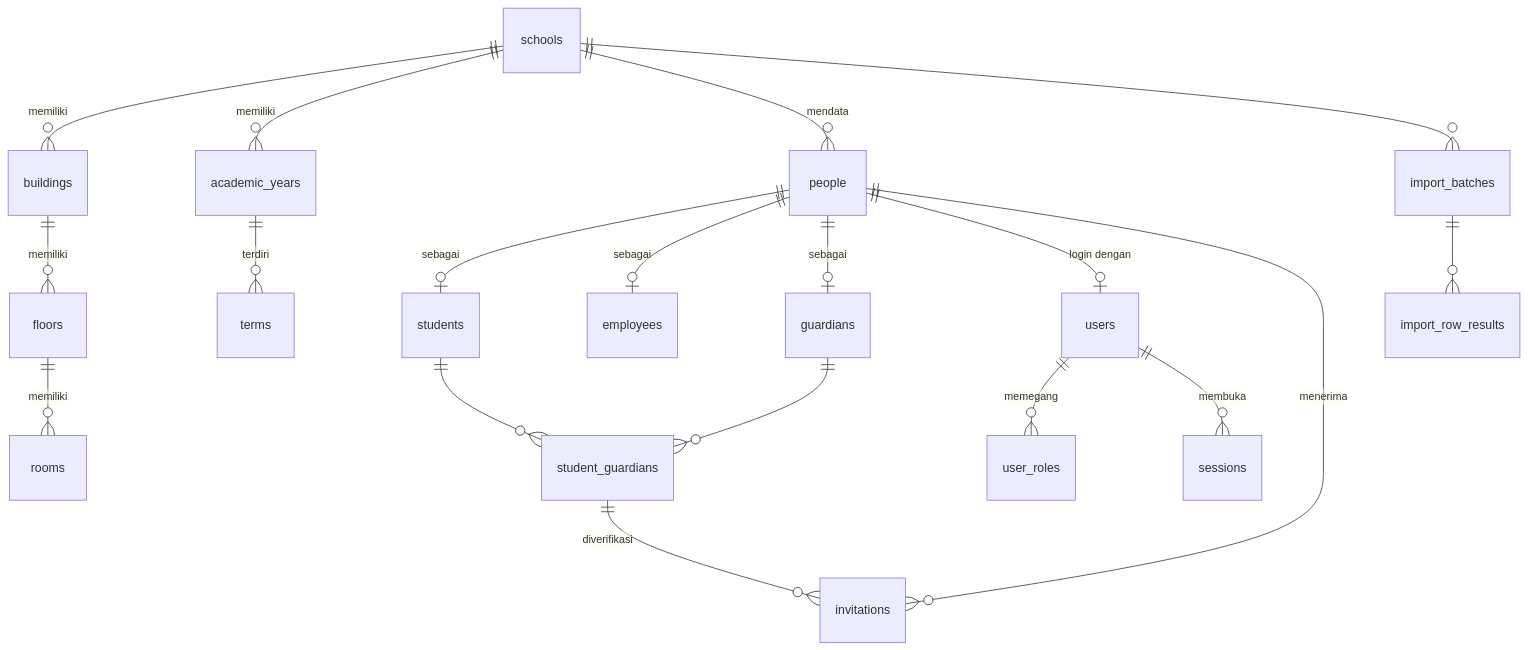
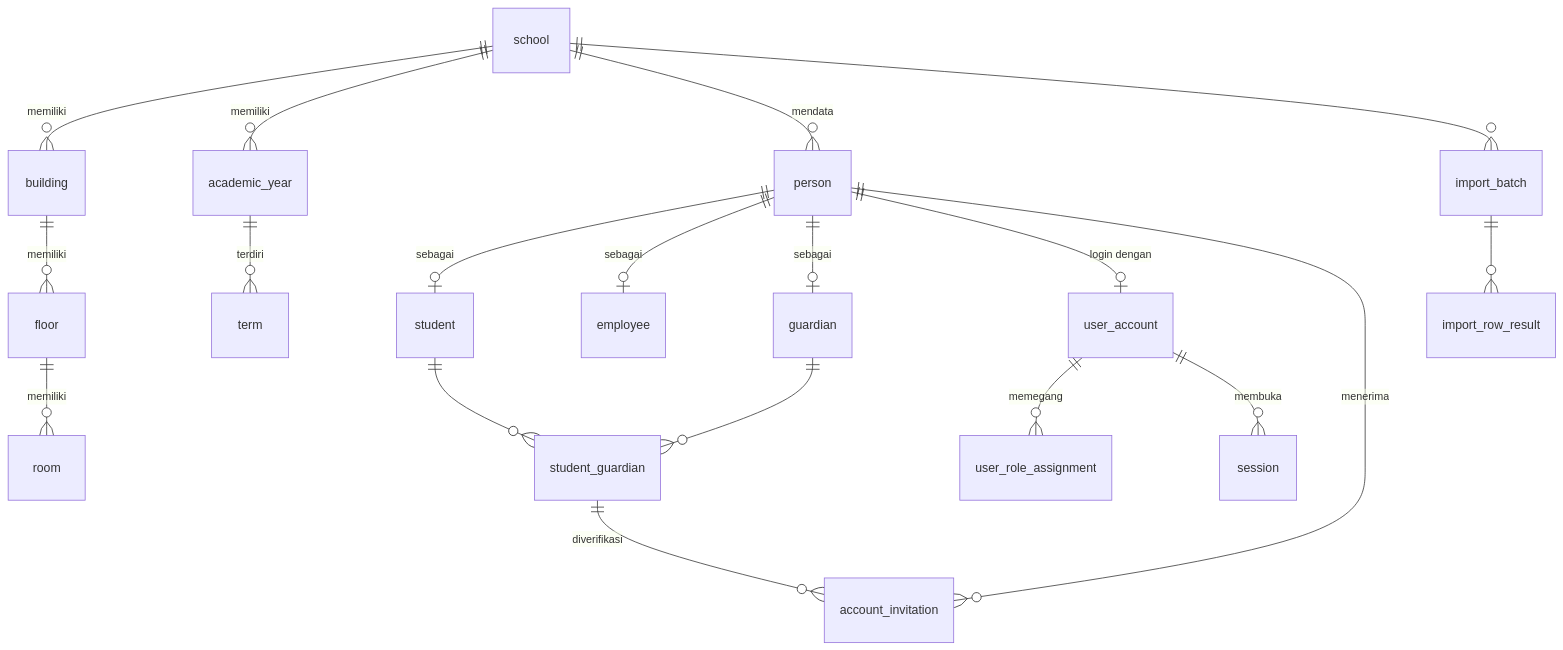
Before and after one commit to leinadroy/Elvara: the first of 2 diagrams in docs/r0-data-model.md, drawn with Mermaid. The commit also changed other lines of this file and 12 other files, not shown here.

````diff
--- a/docs/r0-data-model.md
+++ b/docs/r0-data-model.md
@@ -30,21 +30,21 @@
 ```mermaid
 erDiagram
-  schools ||--o{ buildings : memiliki
-  buildings ||--o{ floors : memiliki
-  floors ||--o{ rooms : memiliki
-  schools ||--o{ academic_years : memiliki
-  academic_years ||--o{ terms : terdiri
-  schools ||--o{ people : mendata
-  people ||--o| students : "sebagai"
-  people ||--o| employees : "sebagai"
-  people ||--o| guardians : "sebagai"
-  people ||--o| users : "login dengan"
-  students ||--o{ student_guardians : ""
-  guardians ||--o{ student_guardians : ""
-  users ||--o{ user_roles : memegang
-  users ||--o{ sessions : membuka
-  people ||--o{ invitations : menerima
-  student_guardians ||--o{ invitations : diverifikasi
-  schools ||--o{ import_batches : ""
-  import_batches ||--o{ import_row_results : ""
+  school ||--o{ building : memiliki
+  building ||--o{ floor : memiliki
+  floor ||--o{ room : memiliki
+  school ||--o{ academic_year : memiliki
+  academic_year ||--o{ term : terdiri
+  school ||--o{ person : mendata
+  person ||--o| student : "sebagai"
+  person ||--o| employee : "sebagai"
+  person ||--o| guardian : "sebagai"
+  person ||--o| user_account : "login dengan"
+  student ||--o{ student_guardian : ""
+  guardian ||--o{ student_guardian : ""
+  user_account ||--o{ user_role_assignment : memegang
+  user_account ||--o{ session : membuka
+  person ||--o{ account_invitation : menerima
+  student_guardian ||--o{ account_invitation : diverifikasi
+  school ||--o{ import_batch : ""
+  import_batch ||--o{ import_row_result : ""
 ```
````
